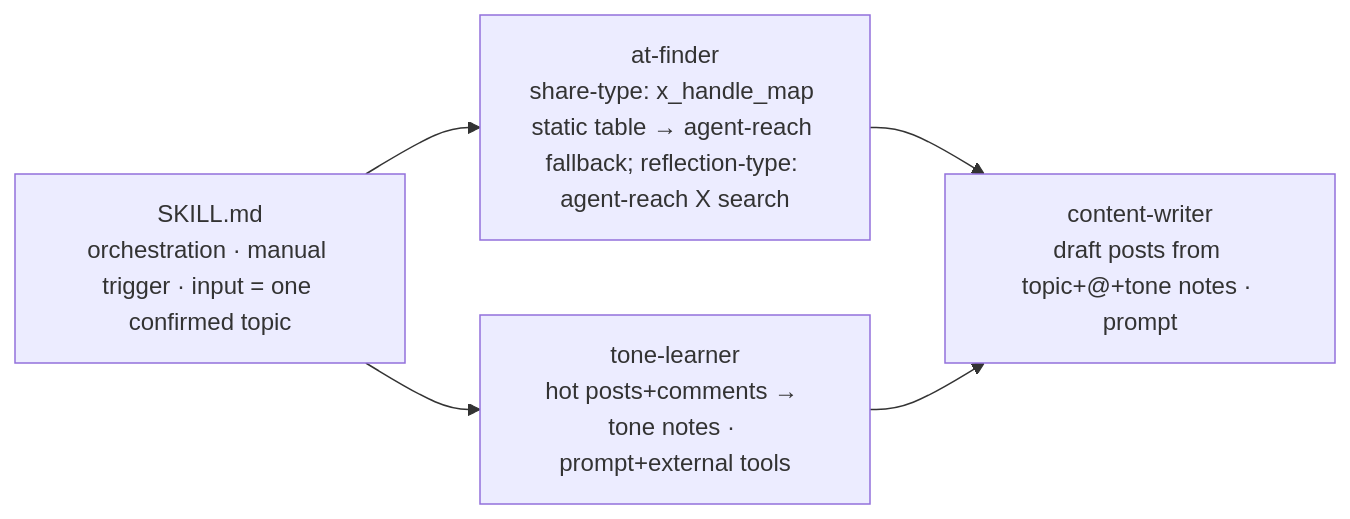
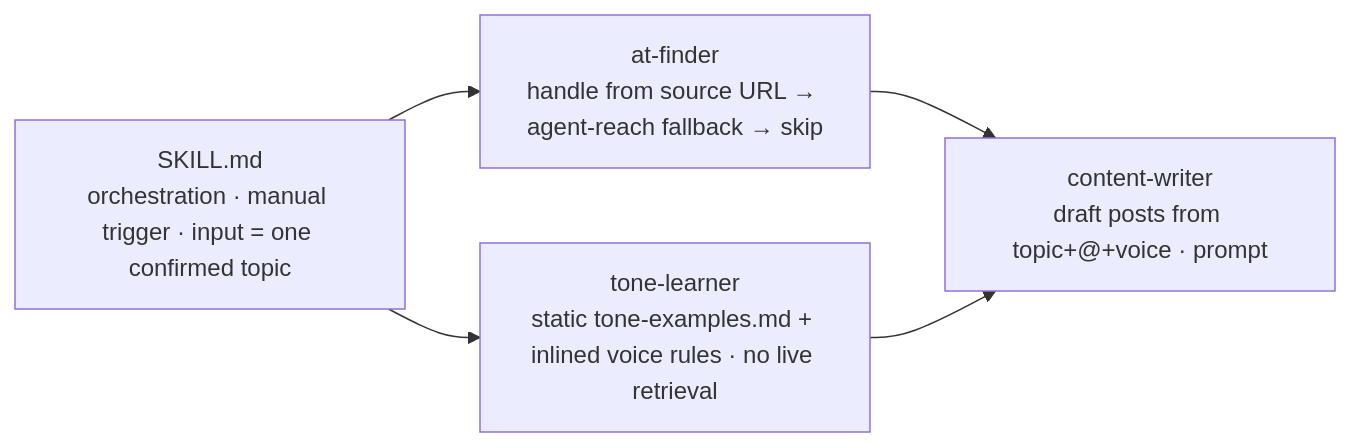
Before and after one commit to tigerless-labs/auto-gtm: the fourth of 4 diagrams in docs/design-harness/output/0-system.md, drawn with Mermaid. The commit also changed other lines of this file and 9 other files, not shown here.

````diff
--- a/docs/design-harness/output/0-system.md
+++ b/docs/design-harness/output/0-system.md
@@ -72,12 +72,12 @@
 ```mermaid
 flowchart LR
   SKILL2["SKILL.md<br/>orchestration · manual trigger · input = one confirmed topic"]
-  AF["at-finder<br/>share-type: x_handle_map static table → agent-reach fallback; reflection-type: agent-reach X search"]
-  TL["tone-learner<br/>hot posts+comments → tone notes · prompt+external tools"]
-  CW["content-writer<br/>draft posts from topic+@+tone notes · prompt"]
+  AF["at-finder<br/>handle from source URL → agent-reach fallback → skip"]
+  TL["tone-learner<br/>static tone-examples.md + inlined voice rules · no live retrieval"]
+  CW["content-writer<br/>draft posts from topic+@+voice · prompt"]
   SKILL2 --> AF --> CW
   SKILL2 --> TL --> CW
   click AF "modules/at-finder.md"
   click TL "modules/tone-learner.md"
   click CW "modules/content-writer.md"
 ```
````
